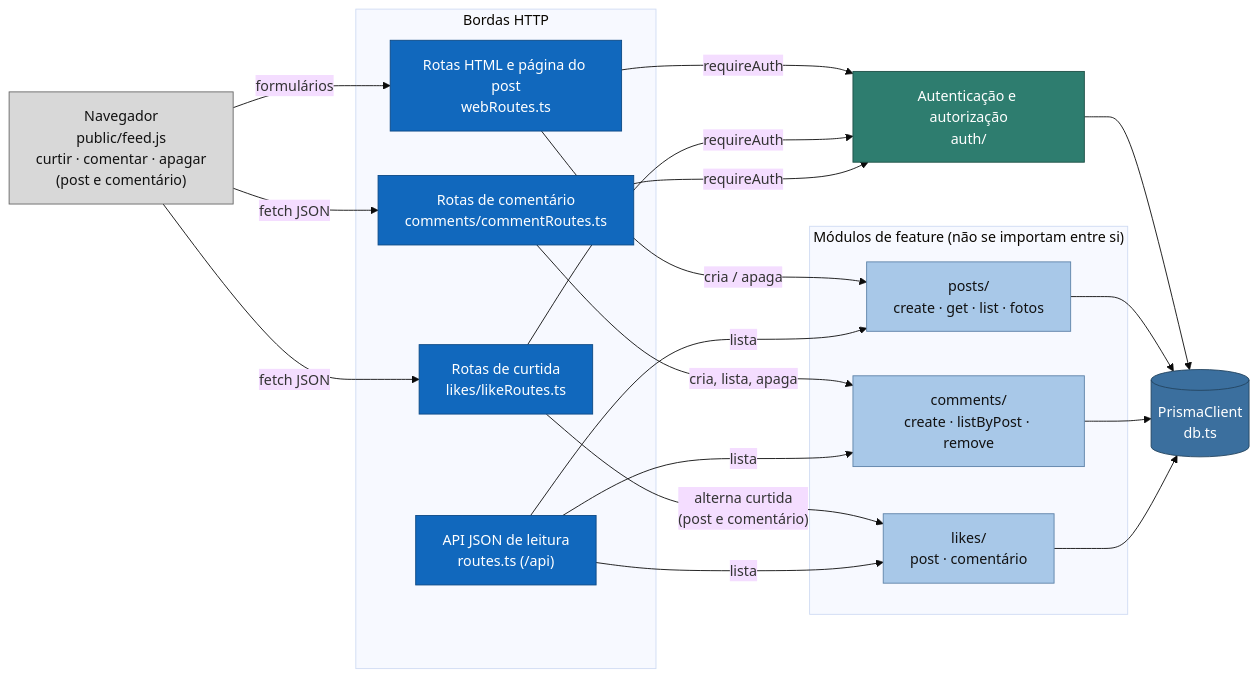
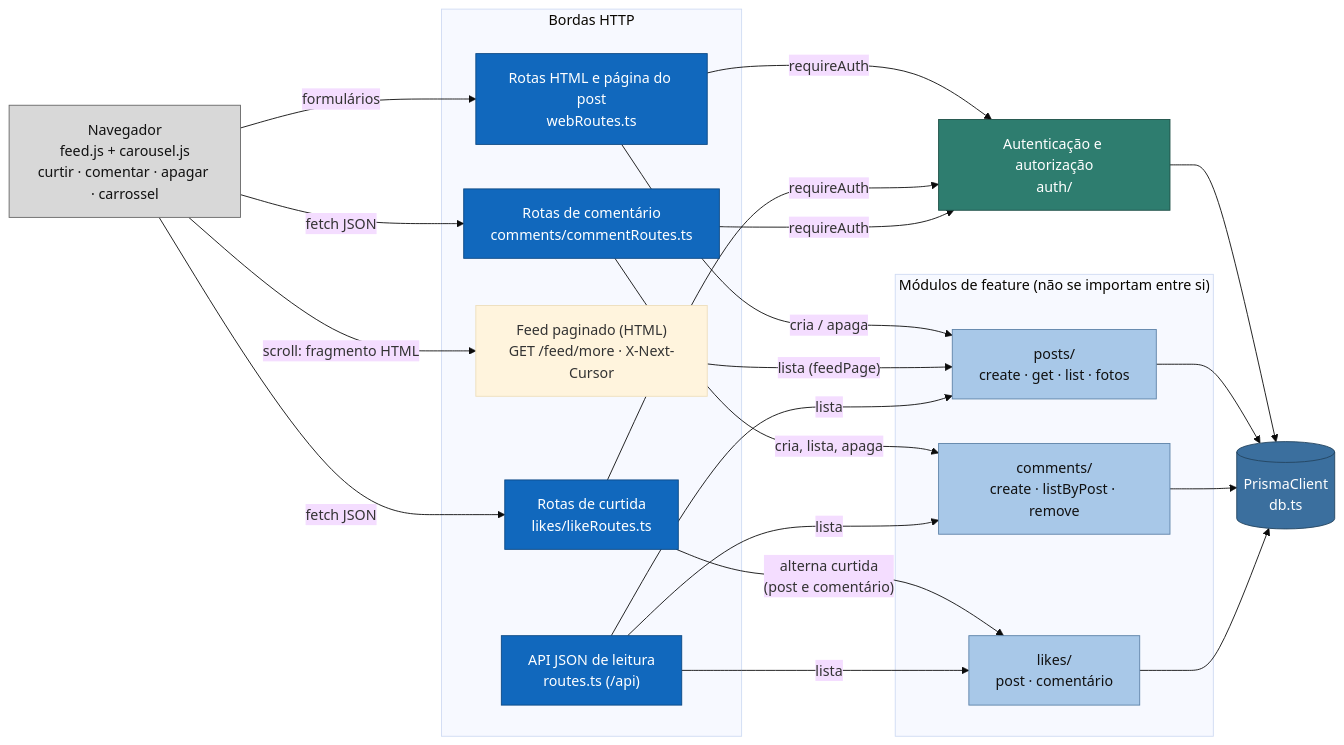
One commit to robertoSilva-ux/redesocial changed the third of 4 diagrams in docs/arquitetura/c4.md. Above: the diagram before and after it, drawn with Mermaid (base theme). The commit also changed other lines of this file and 10 other files, not shown here.

````diff
--- a/docs/arquitetura/c4.md
+++ b/docs/arquitetura/c4.md
@@ -90,45 +90,48 @@
 ```mermaid
 flowchart LR
-  nav["Navegador<br/>public/feed.js<br/>curtir · comentar · apagar<br/>(post e comentário)"]:::externo
+  nav["Navegador<br/>feed.js + carousel.js<br/>curtir · comentar · apagar · carrossel"]:::externo
 
   subgraph bordas["Bordas HTTP"]
     web["Rotas HTML e página do post<br/>webRoutes.ts"]
     inter["Rotas de curtida<br/>likes/likeRoutes.ts"]
     com["Rotas de comentário<br/>comments/commentRoutes.ts"]:::borda
     api["API JSON de leitura<br/>routes.ts (/api)"]
+    mais["Feed paginado (HTML)<br/>GET /feed/more · X-Next-Cursor"]
   end
 
   subgraph modulos["Módulos de feature (não se importam entre si)"]
     posts["posts/<br/>create · get · list · fotos"]
     comments["comments/<br/>create · listByPost · remove"]
     likes["likes/<br/>post · comentário"]
   end
 
   auth["Autenticação e autorização<br/>auth/"]:::transversal
   db[("PrismaClient<br/>db.ts")]:::dados
 
   nav -->|"formulários"| web
   nav -->|"fetch JSON"| inter
   nav -->|"fetch JSON"| com
+  nav -->|"scroll: fragmento HTML"| mais
   web -->|"requireAuth"| auth
   inter -->|"requireAuth"| auth
   com -->|"requireAuth"| auth
   web -->|"cria / apaga"| posts
   inter -->|"alterna curtida<br/>(post e comentário)"| likes
   com -->|"cria, lista, apaga"| comments
+  mais -->|"lista (feedPage)"| posts
   api -->|"lista"| posts
   api -->|"lista"| comments
   api -->|"lista"| likes
   auth --> db
   posts --> db
   comments --> db
   likes --> db
 
   classDef externo fill:#d8d8d8,stroke:#666,color:#111
   classDef borda fill:#1168bd,stroke:#0b4884,color:#fff
   classDef modulo fill:#a8c8e8,stroke:#5d82a8,color:#111
   classDef transversal fill:#2e7d6f,stroke:#1d4f46,color:#fff
   classDef dados fill:#3b6f9e,stroke:#24445f,color:#fff
   class web,inter,api borda
   class posts,comments,likes modulo
 ```
````
